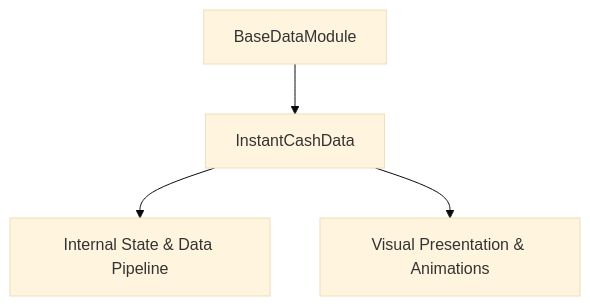
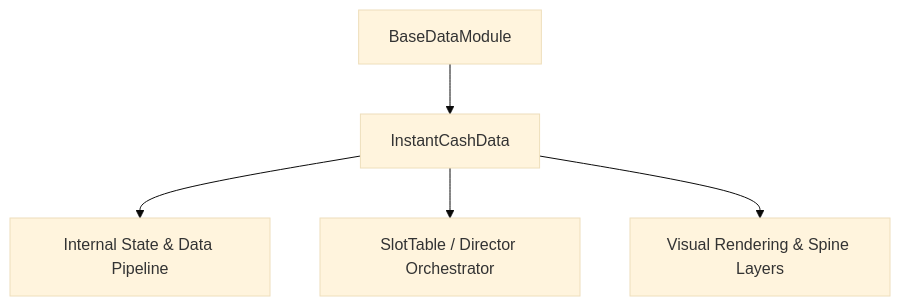
One commit to lam-ark/mcp-fwcc changed the diagram in docs/cc_slot_mechanics/modules/InstantCashData/01_overview/01_architecture_and_role.md. Above: the diagram before and after it, drawn with Mermaid (base theme). The commit also changed other lines of this file and 2509 other files, not shown here.

````diff
--- a/docs/cc_slot_mechanics/modules/InstantCashData/01_overview/01_architecture_and_role.md
+++ b/docs/cc_slot_mechanics/modules/InstantCashData/01_overview/01_architecture_and_role.md
@@ -18,6 +24,7 @@
 ```mermaid
 graph TD
-    Parent[BaseDataModule] --> Mod[InstantCashData]
-    Mod --> State[Internal State & Data Pipeline]
-    Mod --> Render[Visual Presentation & Animations]
+    SuperClass[BaseDataModule] --> TargetClass[InstantCashData]
+    TargetClass --> DataPipeline[Internal State & Data Pipeline]
+    TargetClass --> Orchestrator[SlotTable / Director Orchestrator]
+    TargetClass --> ViewLayer[Visual Rendering & Spine Layers]
 ```
````
